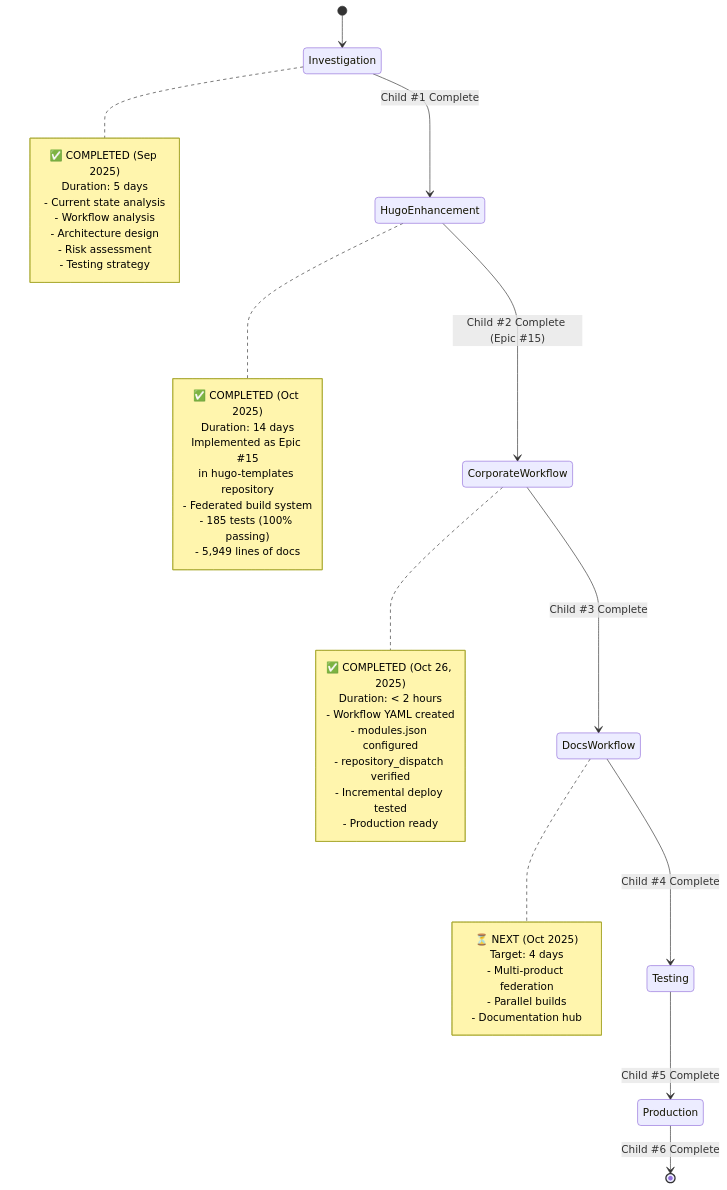
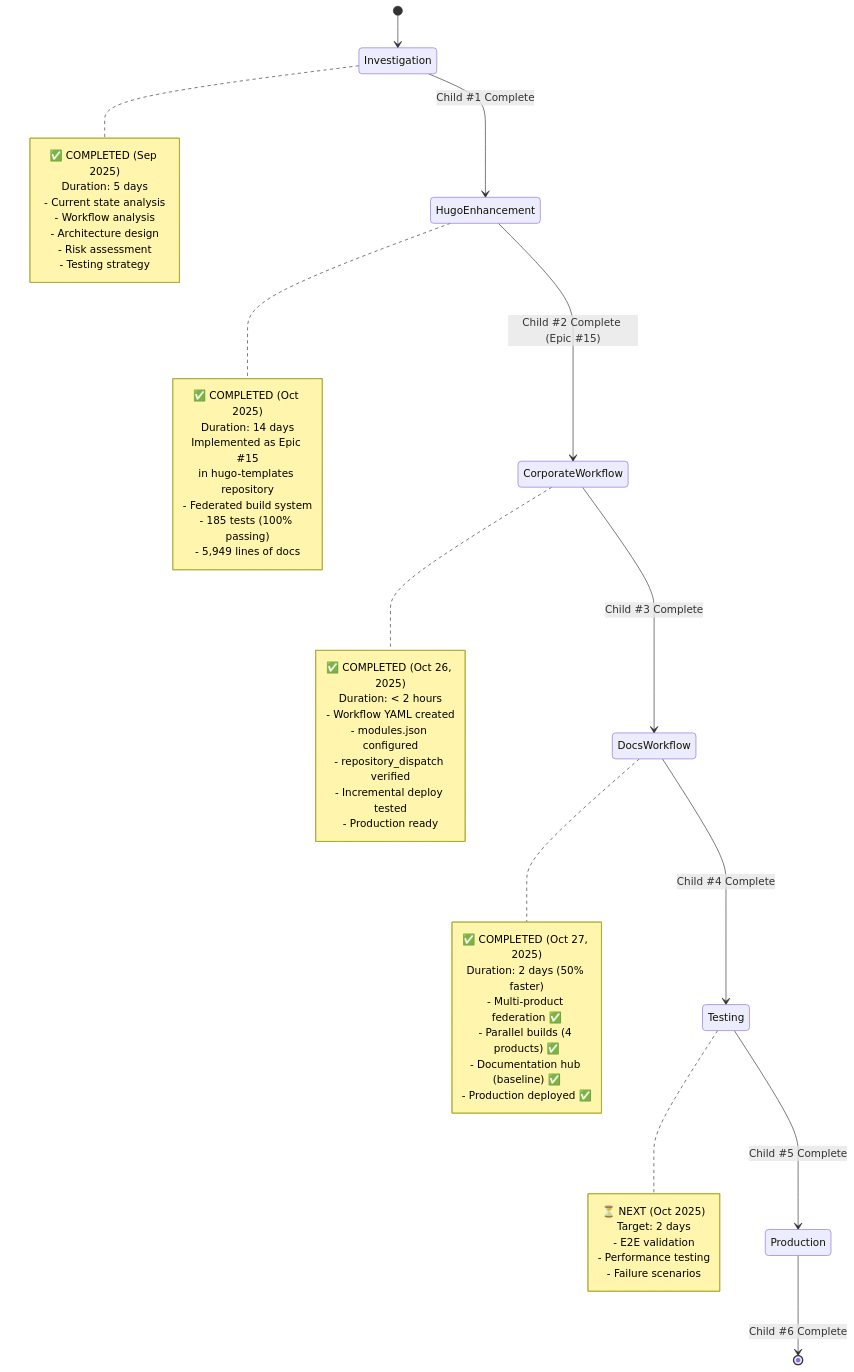
The third of 3 diagrams in docs/proposals/epic-2-github-pages-federation/progress.md (info-tech-io/info-tech-io.github.io), drawn with Mermaid before and after one commit. The commit also changed other lines of this file and 2 other files, not shown here.

First line of the commit message:
docs: Complete Child #4 (Documentation Federation) - Epic #2 progress update

````diff
--- a/docs/proposals/epic-2-github-pages-federation/progress.md
+++ b/docs/proposals/epic-2-github-pages-federation/progress.md
@@ -83,48 +83,57 @@
 ```mermaid
 stateDiagram-v2
     [*] --> Investigation
     Investigation --> HugoEnhancement: Child #1 Complete
     HugoEnhancement --> CorporateWorkflow: Child #2 Complete (Epic #15)
     CorporateWorkflow --> DocsWorkflow: Child #3 Complete
     DocsWorkflow --> Testing: Child #4 Complete
     Testing --> Production: Child #5 Complete
     Production --> [*]: Child #6 Complete
 
     note right of Investigation
         ✅ COMPLETED (Sep 2025)
         Duration: 5 days
         - Current state analysis
         - Workflow analysis
         - Architecture design
         - Risk assessment
         - Testing strategy
     end note
 
     note right of HugoEnhancement
         ✅ COMPLETED (Oct 2025)
         Duration: 14 days
         Implemented as Epic #15
         in hugo-templates repository
         - Federated build system
         - 185 tests (100% passing)
         - 5,949 lines of docs
     end note
 
     note right of CorporateWorkflow
         ✅ COMPLETED (Oct 26, 2025)
         Duration: < 2 hours
         - Workflow YAML created
         - modules.json configured
         - repository_dispatch verified
         - Incremental deploy tested
         - Production ready
     end note
 
     note right of DocsWorkflow
+        ✅ COMPLETED (Oct 27, 2025)
+        Duration: 2 days (50% faster)
+        - Multi-product federation ✅
+        - Parallel builds (4 products) ✅
+        - Documentation hub (baseline) ✅
+        - Production deployed ✅
+    end note
+
+    note right of Testing
         ⏳ NEXT (Oct 2025)
-        Target: 4 days
-        - Multi-product federation
-        - Parallel builds
-        - Documentation hub
+        Target: 2 days
+        - E2E validation
+        - Performance testing
+        - Failure scenarios
     end note
 ```
````
